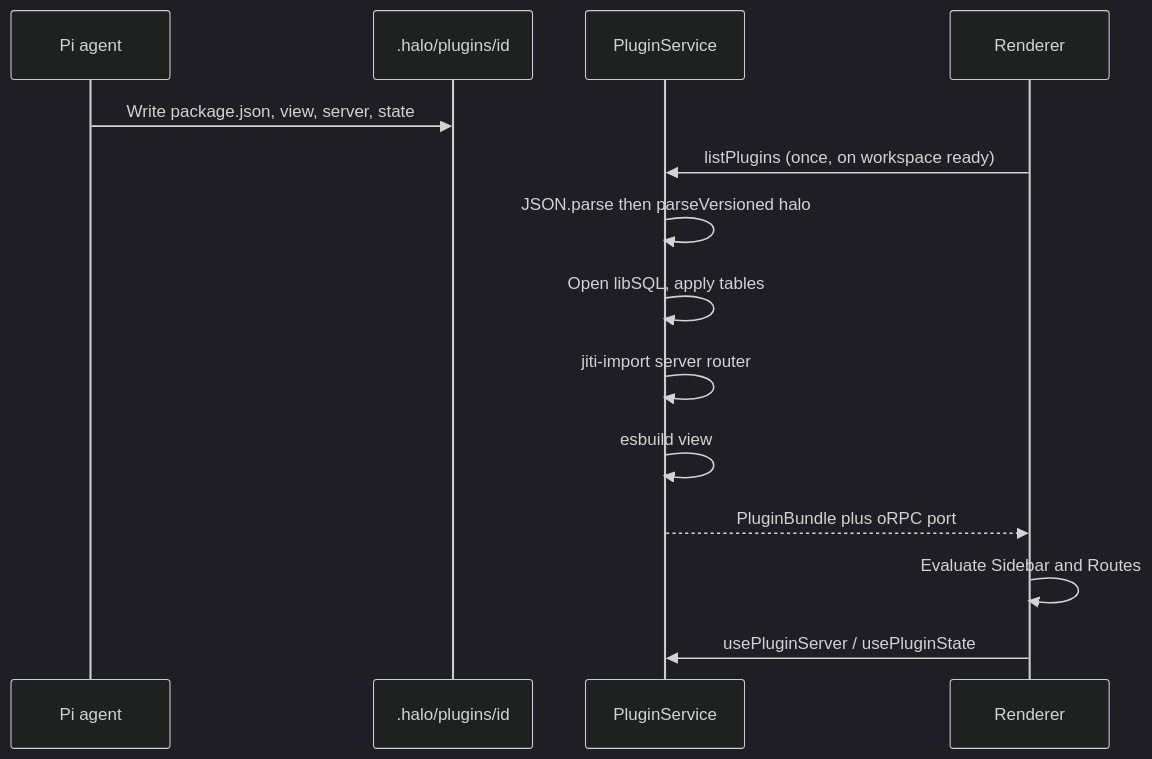
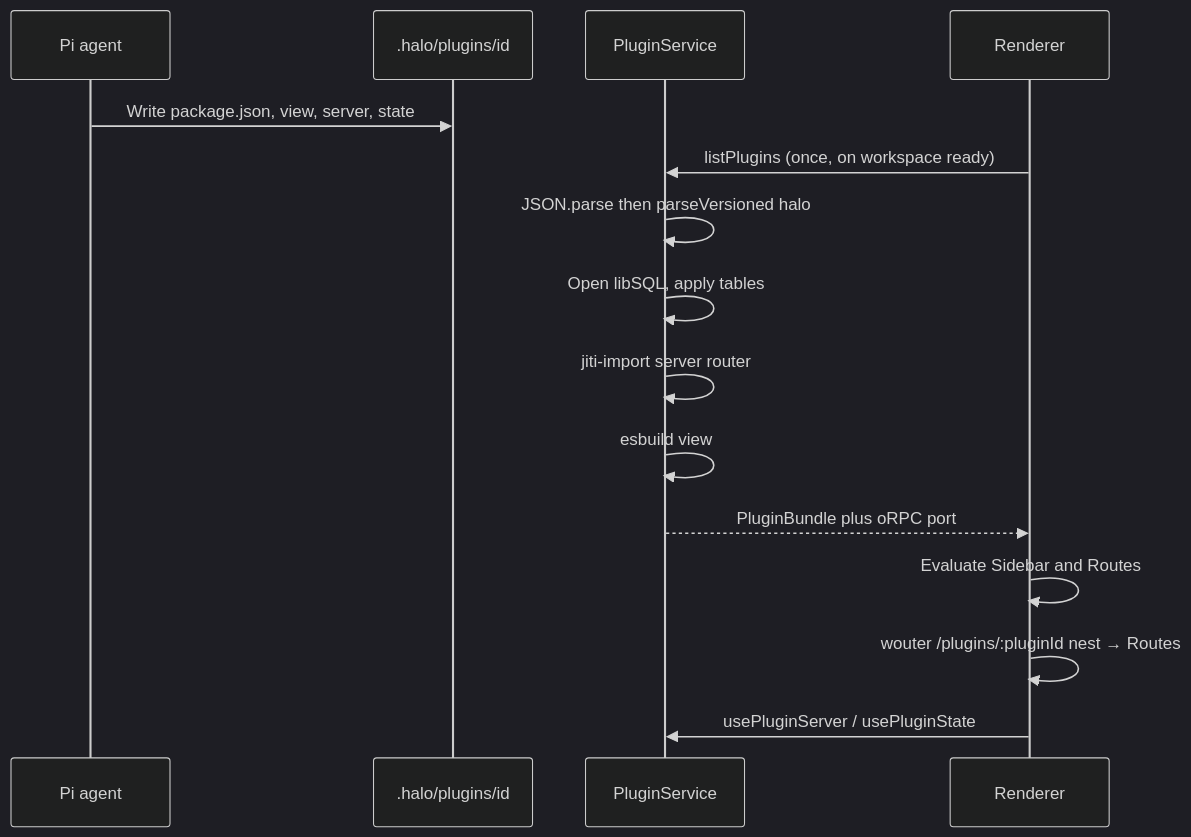
The second of 2 diagrams in specs/plugin-system.md (tanishqkancharla/halo-v2), drawn with Mermaid (dark theme) before and after one commit. The commit also changed other lines of this file, not shown here.

First line of the commit message:
Specify wouter and Routes as a component.

````diff
--- a/specs/plugin-system.md
+++ b/specs/plugin-system.md
@@ -25,17 +25,18 @@
 ```mermaid
 sequenceDiagram
     participant Agent as Pi agent
     participant Disk as .halo/plugins/id
     participant Main as PluginService
     participant UI as Renderer
 
     Agent->>Disk: Write package.json, view, server, state
     UI->>Main: listPlugins (once, on workspace ready)
     Main->>Main: JSON.parse then parseVersioned halo
     Main->>Main: Open libSQL, apply tables
     Main->>Main: jiti-import server router
     Main->>Main: esbuild view
     Main-->>UI: PluginBundle plus oRPC port
     UI->>UI: Evaluate Sidebar and Routes
+    UI->>UI: wouter /plugins/:pluginId nest → Routes
     UI->>Main: usePluginServer / usePluginState
 ```
````
